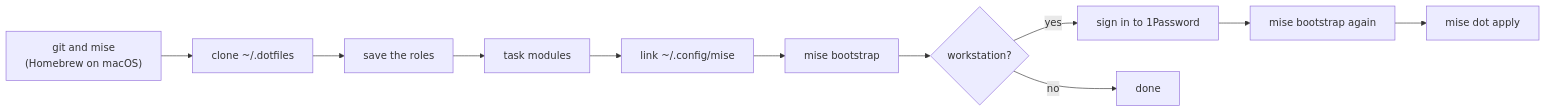
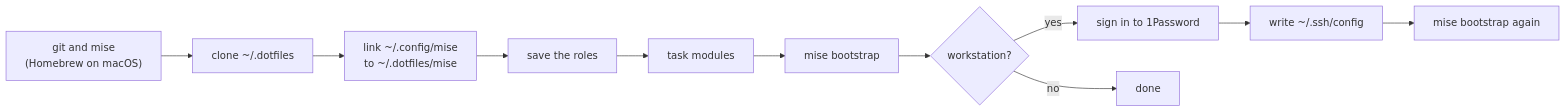
Before and after one commit to owpac/dotfiles: the first of 3 diagrams in README.md, drawn with Mermaid. The commit also changed other lines of this file and 68 other files, not shown here.

First line of the commit message:
feat(mise): link ~/.config/mise to mise/ of this repository

````diff
--- a/README.md
+++ b/README.md
@@ -37,11 +37,11 @@
 ```mermaid
 flowchart LR
   A["git and mise<br/>(Homebrew on macOS)"] --> B[clone ~/.dotfiles]
-  B --> C[save the roles]
-  C --> D[task modules]
-  D --> E[link ~/.config/mise]
+  B --> C["link ~/.config/mise<br/>to ~/.dotfiles/mise"]
+  C --> D[save the roles]
+  D --> E[task modules]
   E --> F[mise bootstrap]
   F --> G{workstation?}
-  G -- yes --> H[sign in to 1Password] --> I[mise bootstrap again] --> J[mise dot apply]
+  G -- yes --> H[sign in to 1Password] --> I[write ~/.ssh/config] --> J[mise bootstrap again]
   G -- no --> K[done]
 ```
````
